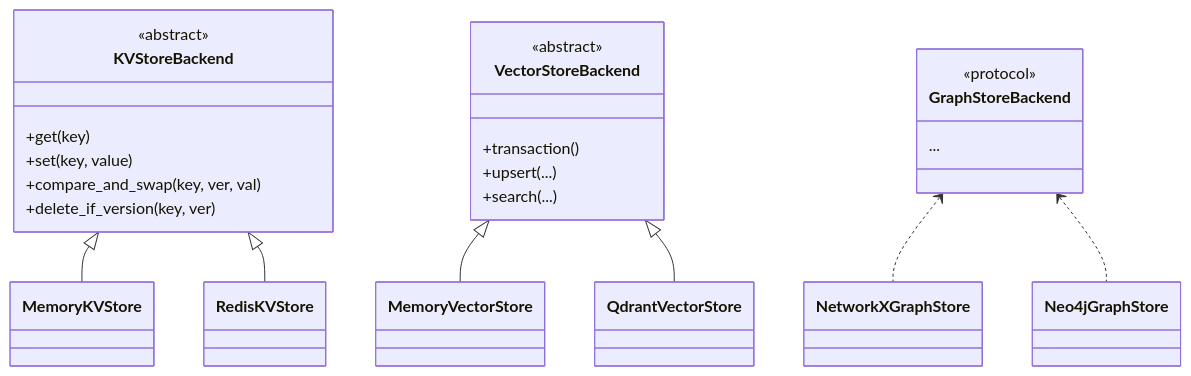
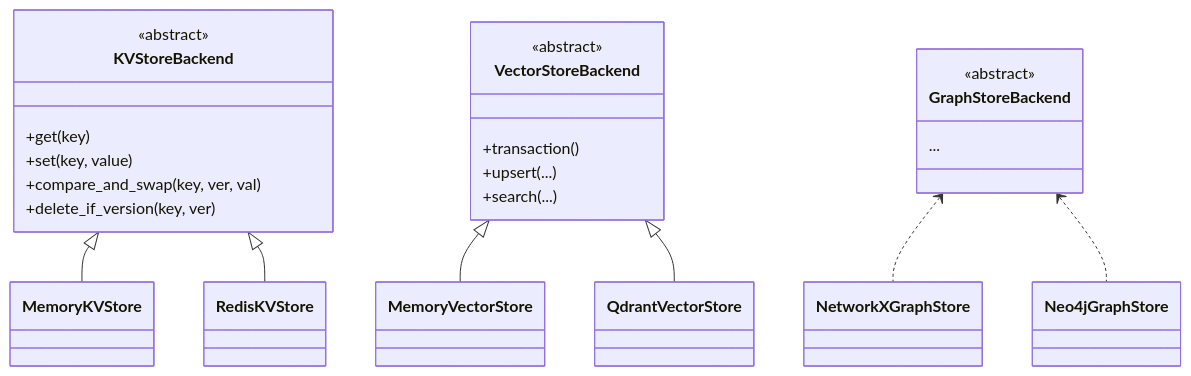
The diagram in docs/storage-and-cas.md (abdissa-png/UnifiedMemory), drawn with Mermaid before and after one commit. The commit also changed other lines of this file and 5 other files, not shown here.

First line of the commit message:
docs(architecture): sync diagrams and interface ownership with refactor

````diff
--- a/docs/storage-and-cas.md
+++ b/docs/storage-and-cas.md
@@ -57,34 +57,34 @@
 ```mermaid
 classDiagram
   class KVStoreBackend {
     <<abstract>>
     +get(key)
     +set(key, value)
     +compare_and_swap(key, ver, val)
     +delete_if_version(key, ver)
   }
   class MemoryKVStore
   class RedisKVStore
   KVStoreBackend <|-- MemoryKVStore
   KVStoreBackend <|-- RedisKVStore
 
   class VectorStoreBackend {
     <<abstract>>
     +transaction()
     +upsert(...)
     +search(...)
   }
   class MemoryVectorStore
   class QdrantVectorStore
   VectorStoreBackend <|-- MemoryVectorStore
   VectorStoreBackend <|-- QdrantVectorStore
 
   class GraphStoreBackend {
-    <<protocol>>
+    <<abstract>>
     ...
   }
   class NetworkXGraphStore
   class Neo4jGraphStore
   GraphStoreBackend <.. NetworkXGraphStore
   GraphStoreBackend <.. Neo4jGraphStore
 ```
````
